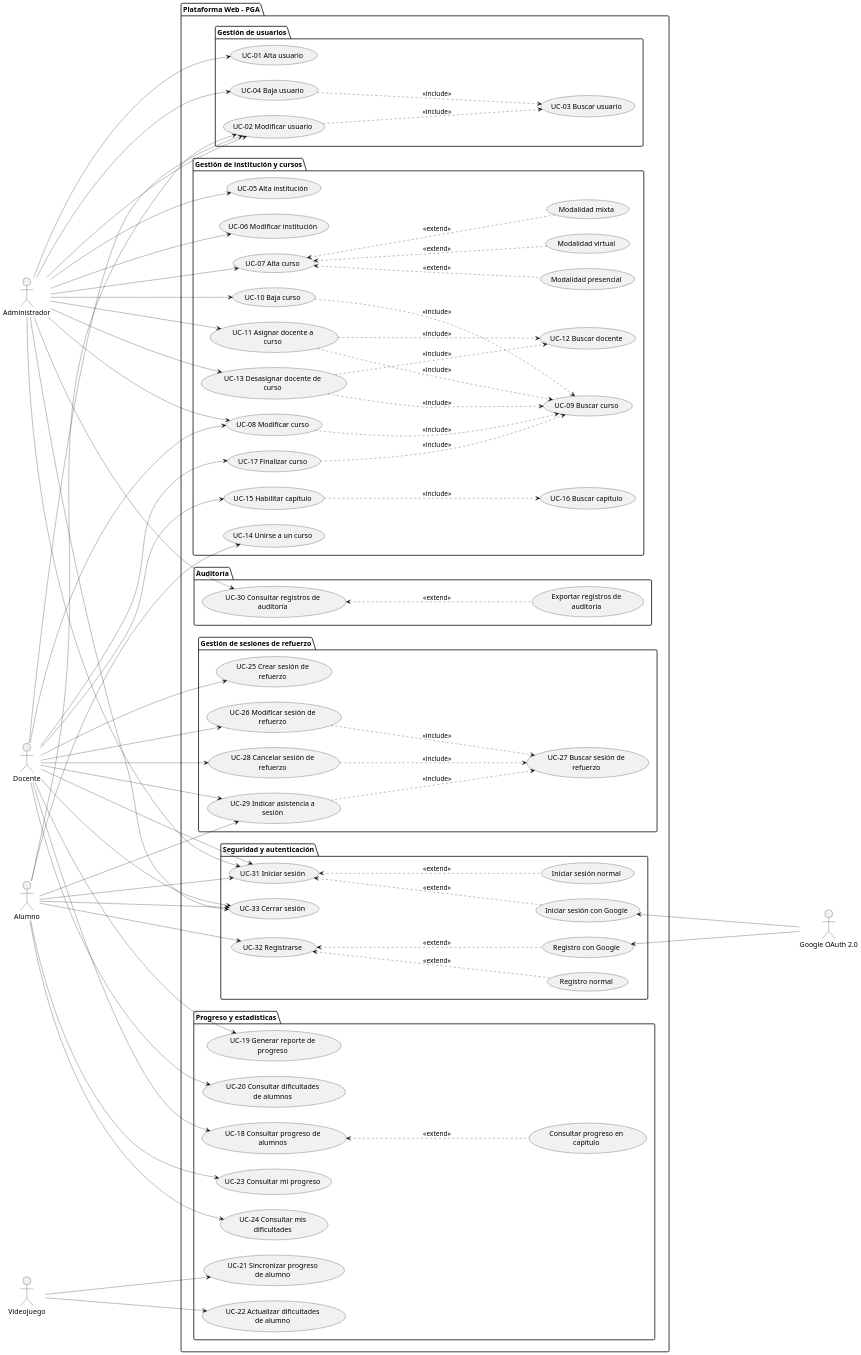
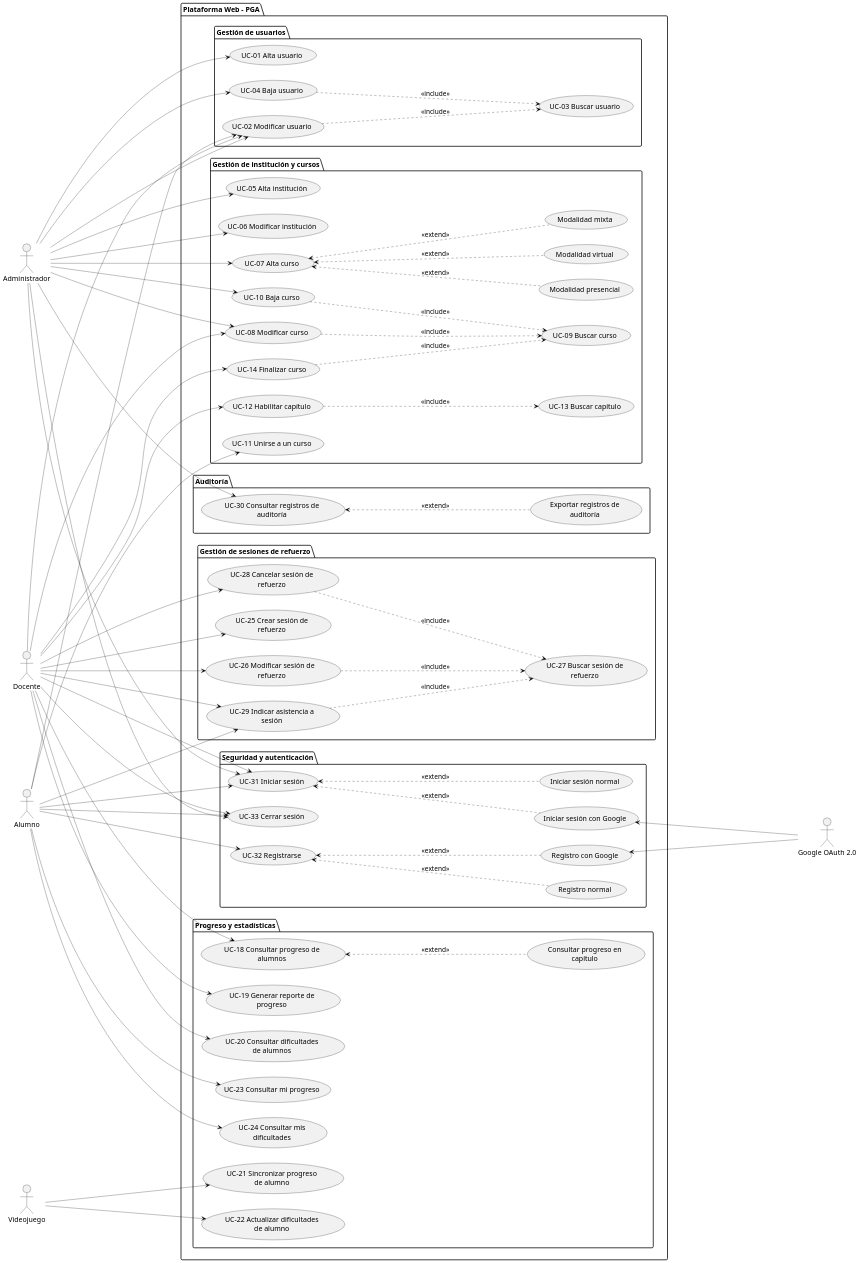
One commit to francoalbornoz2002/ASC-ProyectoAlgoritmia-TrabajoFinal changed the diagram in docs/requisitos/casos-de-uso/diagrama-casos-de-uso/dcu-expandido.puml. Above: the diagram before and after it, drawn with PlantUML. The commit also changed 5 other files, not shown here.

```diff
--- a/docs/requisitos/casos-de-uso/diagrama-casos-de-uso/dcu-expandido.puml
+++ b/docs/requisitos/casos-de-uso/diagrama-casos-de-uso/dcu-expandido.puml
@@ -1,158 +1,153 @@
 @startuml DCU_Expandido
 left to right direction
 
 skinparam dpi 150
 skinparam usecasePadding 25
 skinparam actorPadding 100
 skinparam packagePadding 20
 skinparam wrapWidth 200
 
 skinparam nodesep 30
 skinparam ranksep 300
 
 skinparam ArrowThickness 0.5
 skinparam ArrowColor Black
 
 
 actor Administrador
 actor Docente
 actor Alumno
 actor "Google OAuth 2.0" as GoogleOAuth2
 actor Videojuego
 
 package "Plataforma Web - PGA"{
   'Subsistemas'
   package "Gestión de usuarios" {
     usecase "UC-01 Alta usuario" as UC01
     usecase "UC-02 Modificar usuario" as UC02
     usecase "UC-03 Buscar usuario" as UC03
     usecase "UC-04 Baja usuario" as UC04
 
     'Relaciones'
     Administrador --> UC01
     Administrador --> UC02
     Alumno --> UC02
     Docente --> UC02
     UC02 ..> UC03 : <<include>>
     Administrador --> UC04
     UC04 ..> UC03 : <<include>>
   }
 
   package "Gestión de institución y cursos" {
     usecase "UC-05 Alta institución" as UC05
     usecase "UC-06 Modificar institución" as UC06
     usecase "UC-07 Alta curso" as UC07
     usecase "Modalidad presencial" as UC07A
     usecase "Modalidad virtual" as UC07B
     usecase "Modalidad mixta" as UC07C
     usecase "UC-08 Modificar curso" as UC08
     usecase "UC-09 Buscar curso" as UC09
     usecase "UC-10 Baja curso" as UC10
-    usecase "UC-11 Asignar docente a curso" as UC11
-    usecase "UC-12 Buscar docente" as UC12
-    usecase "UC-13 Desasignar docente de curso" as UC13
-    usecase "UC-14 Unirse a un curso" as UC14
-    usecase "UC-15 Habilitar capítulo" as UC15
-    usecase "UC-16 Buscar capítulo" as UC16
-    usecase "UC-17 Finalizar curso" as UC17
+    usecase "UC-11 Unirse a un curso" as UC11
+    usecase "UC-12 Habilitar capítulo" as UC12
+    usecase "UC-13 Buscar capítulo" as UC13
+    usecase "UC-14 Finalizar curso" as UC14
 
     'Relaciones'
+    'AM Institución
     Administrador --> UC05
     Administrador --> UC06
+    'ABM Cursos
     Administrador --> UC07
     UC07 <.. UC07A : <<extend>>
     UC07 <.. UC07B : <<extend>>
     UC07 <.. UC07C : <<extend>>
     Administrador --> UC08
     Docente --> UC08
     Administrador --> UC10
     UC08 ..> UC09 : <<include>>
     UC10 ..> UC09 : <<include>>
-    Administrador --> UC11
-    UC11 ..> UC09 : <<include>>
-    UC11 ..> UC12 : <<include>>
-    Administrador --> UC13
-    UC13 ..> UC09 : <<include>>
-    UC13 ..> UC12 : <<include>>
-    Alumno --> UC14
-    Docente --> UC15
-    UC15 ..> UC16 : <<include>>
-    Docente --> UC17
-    UC17 ..> UC09 : <<include>>
+    'Unirse a curso
+    Alumno --> UC11
+    'Habilitar capítulo
+    Docente --> UC12
+    UC12 ..> UC13 : <<include>>
+    Docente --> UC14
+    UC14 ..> UC09 : <<include>>
   }
 
   package "Progreso y estadísticas" {
     usecase "UC-18 Consultar progreso de alumnos" as UC18
     usecase "Consultar progreso en capítulo" as UC18A
     usecase "UC-19 Generar reporte de progreso" as UC19
     usecase "UC-20 Consultar dificultades de alumnos" as UC20
     usecase "UC-21 Sincronizar progreso de alumno" as UC21
     usecase "UC-22 Actualizar dificultades de alumno" as UC22
     usecase "UC-23 Consultar mi progreso" as UC23
     usecase "UC-24 Consultar mis dificultades" as UC24
 
     'Relaciones'
     Docente --> UC18
     UC18 <.. UC18A : <<extend>>
     Docente --> UC19
     Docente --> UC20
     Videojuego --> UC21
     Videojuego --> UC22
     Alumno --> UC23
     Alumno --> UC24
   }
 
   package "Gestión de sesiones de refuerzo" {
     usecase "UC-25 Crear sesión de refuerzo" as UC25
     usecase "UC-26 Modificar sesión de refuerzo" as UC26
     usecase "UC-27 Buscar sesión de refuerzo" as UC27
     usecase "UC-28 Cancelar sesión de refuerzo" as UC28
     usecase "UC-29 Indicar asistencia a sesión" as UC29
 
     'Relaciones'
     Docente --> UC25
     Docente --> UC26
     Docente --> UC28
     UC26 ..> UC27 : <<include>>
     UC28 ..> UC27 : <<include>>
     Docente --> UC29
     Alumno --> UC29
     UC29 ..> UC27 : <<include>>
   }
 
   package "Auditoría" {
     usecase "UC-30 Consultar registros de auditoría" as UC30
     usecase "Exportar registros de auditoría" as UC30A
 
     'Relaciones'
     Administrador --> UC30
     UC30 <.. UC30A : <<extend>>
   }
 
   package "Seguridad y autenticación" {
     usecase "UC-31 Iniciar sesión" as UC31
     usecase "Iniciar sesión normal" as UC31A
     usecase "Iniciar sesión con Google" as UC31B
     usecase "UC-32 Registrarse" as UC32
     usecase "Registro normal" as UC32A
     usecase "Registro con Google" as UC32B
     usecase "UC-33 Cerrar sesión" as UC33
 
     'Relaciones'
     Administrador --> UC31
     Administrador --> UC33
     Docente --> UC31
     Docente --> UC33
     Alumno --> UC31
     Alumno --> UC32
     Alumno --> UC33
     UC31 <.. UC31A : <<extend>>
     UC31 <.. UC31B : <<extend>>
     UC32 <.. UC32A : <<extend>>
     UC32 <.. UC32B : <<extend>>
     GoogleOAuth2 -up-> UC31B
     GoogleOAuth2 -up-> UC32B
   }
 
 }
 @enduml
```
